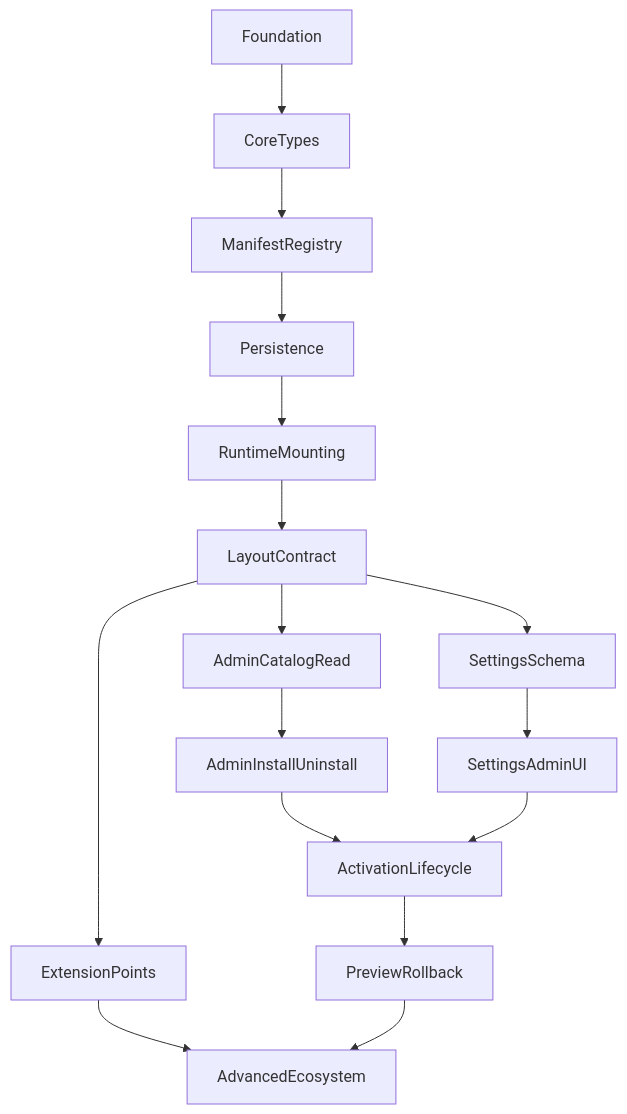
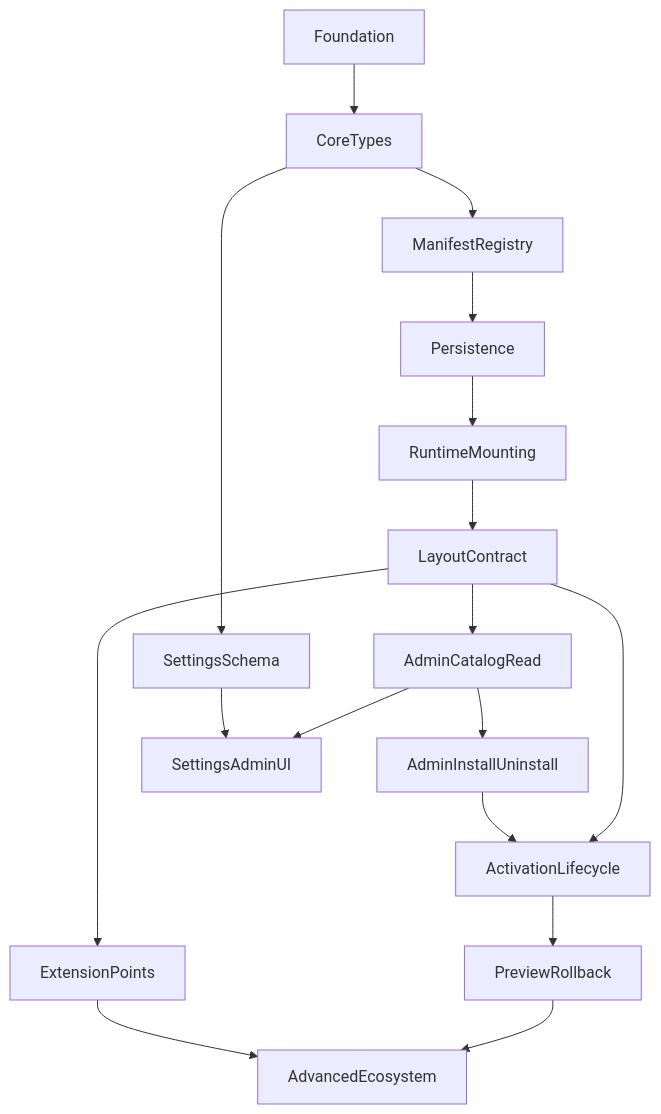
The diagram in .cursor/plans/theme_00_index.plan.md (viseed/cms), drawn with Mermaid before and after one commit. The commit also changed other lines of this file and 10 other files, not shown here.

````diff
--- a/.cursor/plans/theme_00_index.plan.md
+++ b/.cursor/plans/theme_00_index.plan.md
@@ -32,18 +32,19 @@
 ```mermaid
 flowchart TD
   plan01[Foundation] --> plan02[CoreTypes]
   plan02 --> plan03[ManifestRegistry]
+  plan02 --> plan09[SettingsSchema]
   plan03 --> plan04[Persistence]
   plan04 --> plan05[RuntimeMounting]
   plan05 --> plan06[LayoutContract]
   plan06 --> plan07[AdminCatalogRead]
+  plan06 --> plan13[ExtensionPoints]
   plan07 --> plan08[AdminInstallUninstall]
-  plan06 --> plan09[SettingsSchema]
   plan09 --> plan10[SettingsAdminUI]
+  plan07 --> plan10
   plan08 --> plan11[ActivationLifecycle]
-  plan10 --> plan11
+  plan06 --> plan11
   plan11 --> plan12[PreviewRollback]
-  plan06 --> plan13[ExtensionPoints]
   plan13 --> plan14[AdvancedEcosystem]
   plan12 --> plan14
 ```
````
